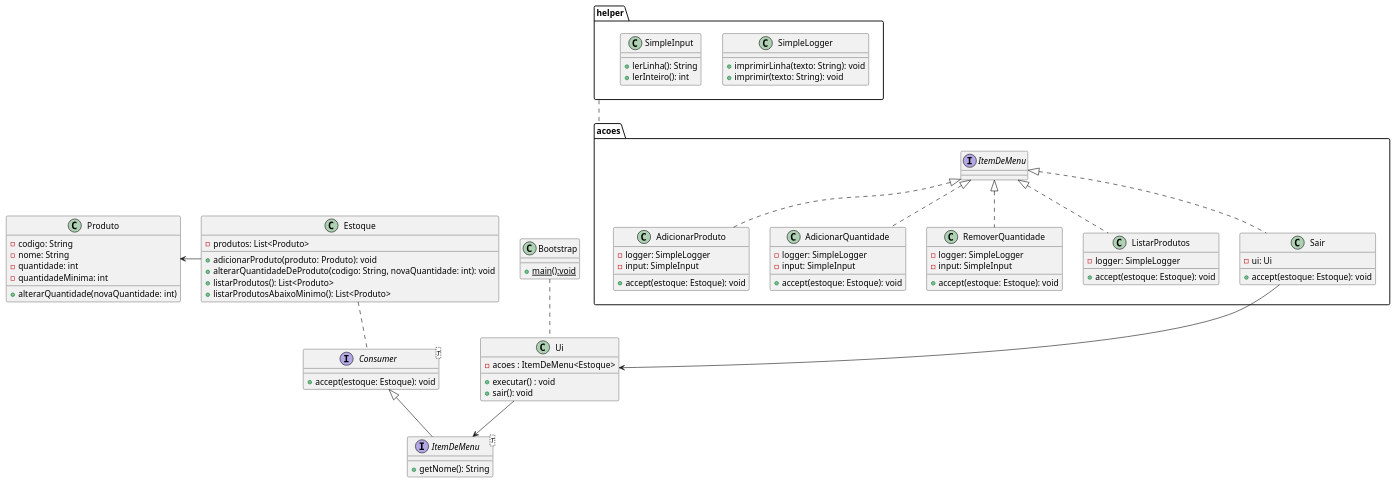
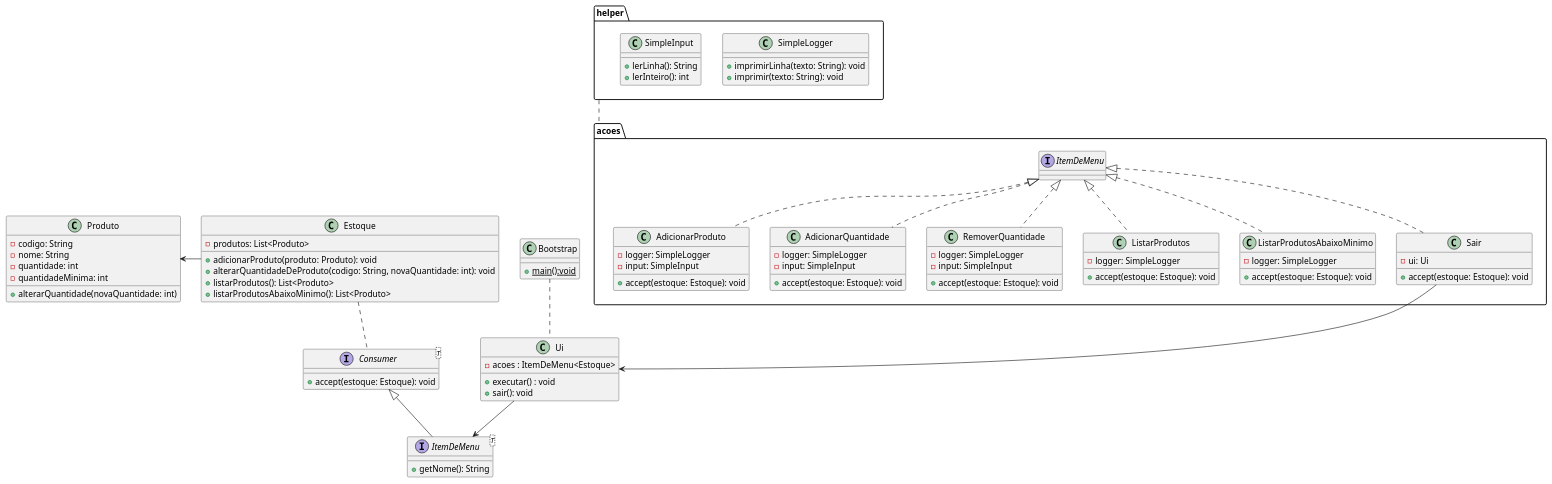
Before and after one commit to kibutzzz/estruturas-lineares: the diagram in src/main/resources/controle-de-estoque.puml, drawn with PlantUML. The commit also changed 1 other file, not shown here.

```diff
--- a/src/main/resources/controle-de-estoque.puml
+++ b/src/main/resources/controle-de-estoque.puml
@@ -1,96 +1,102 @@
 @startuml controle-de-estoque
 
 class Produto {
   - codigo: String
   - nome: String
   - quantidade: int
   - quantidadeMinima: int
 
   + alterarQuantidade(novaQuantidade: int)
 }
 
 class Estoque {
   - produtos: List<Produto>
   + adicionarProduto(produto: Produto): void
   + alterarQuantidadeDeProduto(codigo: String, novaQuantidade: int): void
   + listarProdutos(): List<Produto>
   + listarProdutosAbaixoMinimo(): List<Produto>
 }
 
 interface Consumer<T> {
   + accept(estoque: Estoque): void
 }
 
 interface ItemDeMenu<T> extends Consumer {
   + getNome(): String
 }
 
 package helper {
   class SimpleLogger {
     + imprimirLinha(texto: String): void
     + imprimir(texto: String): void
   }
 
   class SimpleInput {
     + lerLinha(): String
     + lerInteiro(): int
   }
 }
 
 package acoes {
 
   class AdicionarProduto implements ItemDeMenu {
     - logger: SimpleLogger
     - input: SimpleInput
 
     + accept(estoque: Estoque): void
   }
 
   class AdicionarQuantidade implements ItemDeMenu {
     - logger: SimpleLogger
     - input: SimpleInput
 
     + accept(estoque: Estoque): void
   }
 
 
   class RemoverQuantidade implements ItemDeMenu {
     - logger: SimpleLogger
     - input: SimpleInput
 
     + accept(estoque: Estoque): void
   }
 
   class ListarProdutos implements ItemDeMenu {
     - logger: SimpleLogger
 
     + accept(estoque: Estoque): void
   }
+  
+  class ListarProdutosAbaixoMinimo implements ItemDeMenu {
+    - logger: SimpleLogger
+
+    + accept(estoque: Estoque): void
+  }
 
   class Sair implements ItemDeMenu {
     - ui: Ui
     + accept(estoque: Estoque): void
   }
 
 }
 
 class Ui {
   - acoes : ItemDeMenu<Estoque>
 
   + executar() : void
   + sair(): void
 }
 
 class Bootstrap {
   + {static} main():void
 }
 
 
 Bootstrap .. Ui
 Ui --> ItemDeMenu
 Sair --> Ui
 Consumer .up. Estoque
 acoes .up. helper
 Estoque -left-> Produto
 
 @enduml
```
